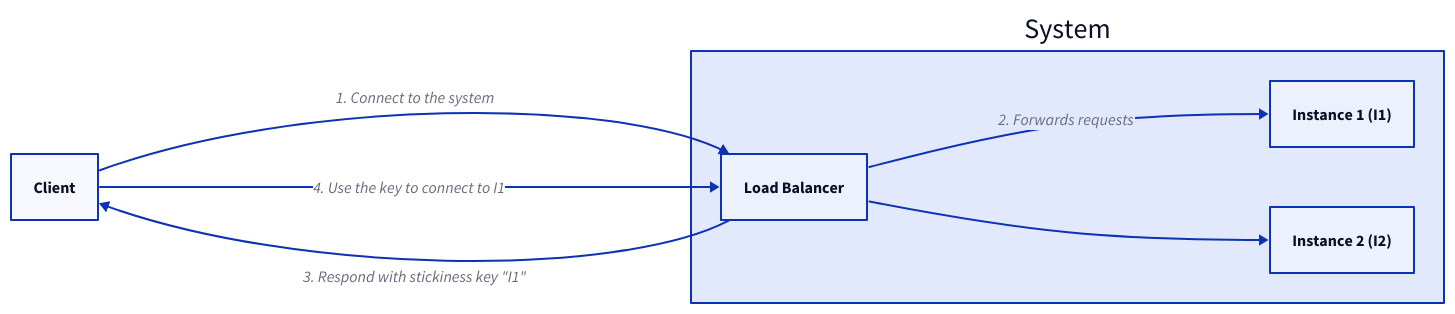
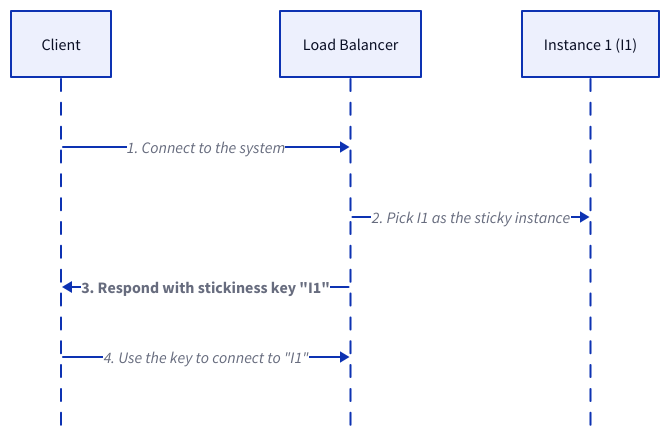
The ninth of 20 diagrams in content/docs/web-service/load-balancer.md (link1905/system-design-101), drawn with D2 before and after one commit. The commit also changed other lines of this file and 14 other files, not shown here.

````diff
--- a/content/docs/web-service/load-balancer.md
+++ b/content/docs/web-service/load-balancer.md
@@ -279,25 +316,18 @@
 ```d2
-
-direction: right
-
+shape: sequence_diagram
 c: Client {
   class: client
 }
-s: System {
-    lb: Load Balancer {
-        class: lb
-    }
-    s1: Instance 1 (I1) {
-        class: server
-    }
-    s2: Instance 2 (I2) {
-        class: server
-    }
-    lb -> s1: 2. Forwards requests
-    lb -> s2
+lb: Load Balancer {
+  class: lb
 }
-
-c -> s.lb: 1. Connect to the system
-c <- s.lb: '3. Respond with stickiness key "I1"'
-c -> s.lb: '4. Use the key to connect to I1'
+s0: Instance 1 (I1) {
+  class: server
+}
+c -> lb: 1. Connect to the system
+lb -> s0: 2. Pick I1 as the sticky instance
+c <- lb: '3. Respond with stickiness key "I1"' {
+  style.bold: true
+}
+c -> lb: '4. Use the key to connect to "I1"'
 ```
````
